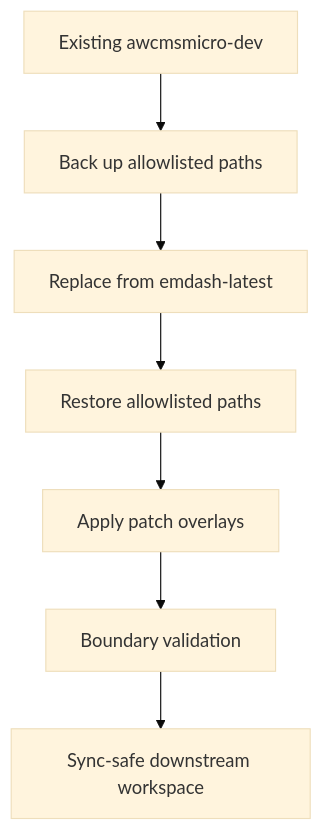
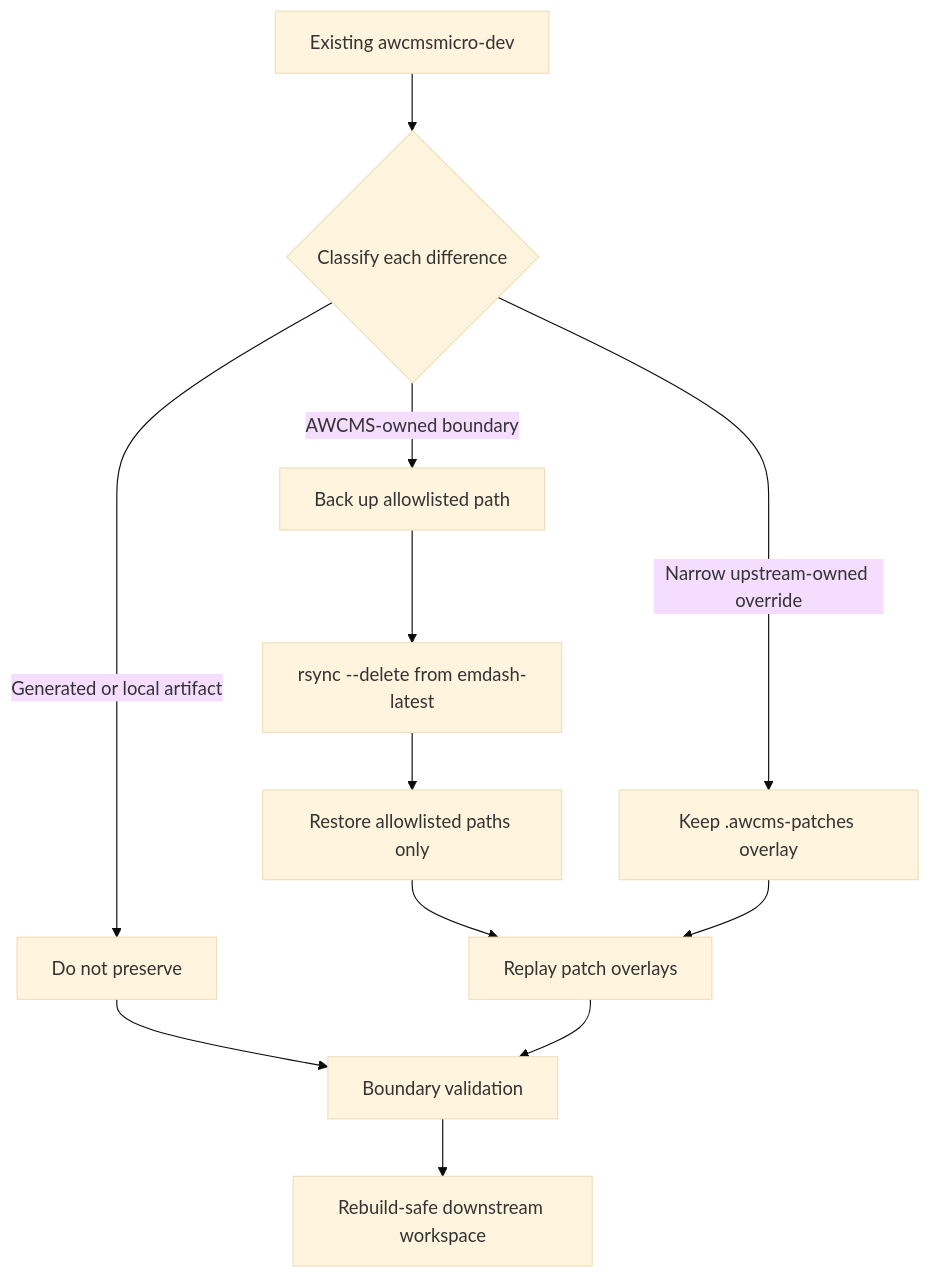
One commit to ahliweb/awcms-micro changed the second of 3 diagrams in docs/awcms-micro-implementation-boundaries.md. Above: the diagram before and after it, drawn with Mermaid (base theme). The commit also changed other lines of this file and 29 other files, not shown here.

First line of the commit message:
chore: update upstream sync status and document pending sync gap

````diff
--- a/docs/awcms-micro-implementation-boundaries.md
+++ b/docs/awcms-micro-implementation-boundaries.md
@@ -128,9 +131,14 @@
 ```mermaid
 flowchart TD
-  Existing[Existing awcmsmicro-dev] --> Backup[Back up allowlisted paths]
-  Backup --> Replace[Replace from emdash-latest]
-  Replace --> Restore[Restore allowlisted paths]
-  Restore --> Apply[Apply patch overlays]
-  Apply --> Validate[Boundary validation]
-  Validate --> Safe[Sync-safe downstream workspace]
+  Existing["Existing awcmsmicro-dev"] --> Classify{"Classify each difference"}
+  Classify -->|AWCMS-owned boundary| Backup["Back up allowlisted path"]
+  Classify -->|Narrow upstream-owned override| Patch["Keep .awcms-patches overlay"]
+  Classify -->|Generated or local artifact| Drop["Do not preserve"]
+  Backup --> Replace["rsync --delete from emdash-latest"]
+  Replace --> Restore["Restore allowlisted paths only"]
+  Restore --> Apply["Replay patch overlays"]
+  Patch --> Apply
+  Drop --> Validate["Boundary validation"]
+  Apply --> Validate
+  Validate --> Safe["Rebuild-safe downstream workspace"]
 ```
````
